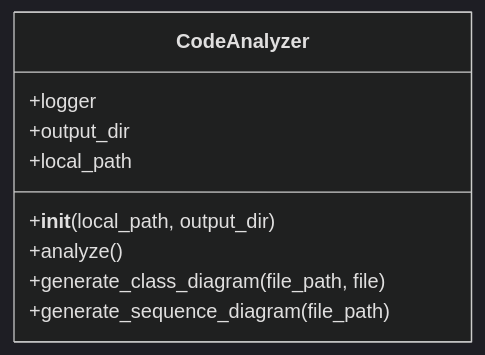
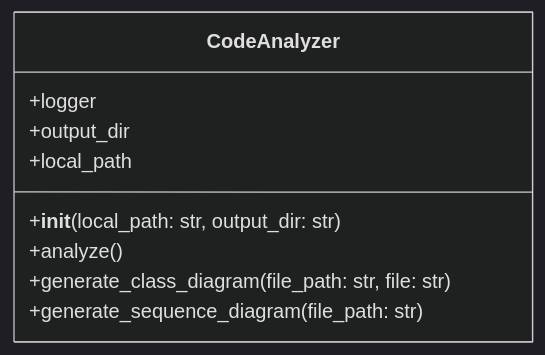
Before and after one commit to fearnworks/mermaidit: the diagram in src/code_analyzer/code_analysis_class.md, drawn with Mermaid (dark theme). The commit also changed 7 other files, not shown here.

````diff
--- a/src/code_analyzer/code_analysis_class.md
+++ b/src/code_analyzer/code_analysis_class.md
@@ -1,12 +1,12 @@
 ```mermaid
 classDiagram
 class CodeAnalyzer {
     +logger
     +output_dir
     +local_path
-    +__init__(local_path, output_dir)
+    +__init__(local_path: str, output_dir: str)
     +analyze()
-    +generate_class_diagram(file_path, file)
-    +generate_sequence_diagram(file_path)
+    +generate_class_diagram(file_path: str, file: str)
+    +generate_sequence_diagram(file_path: str)
 }
 ```
````
